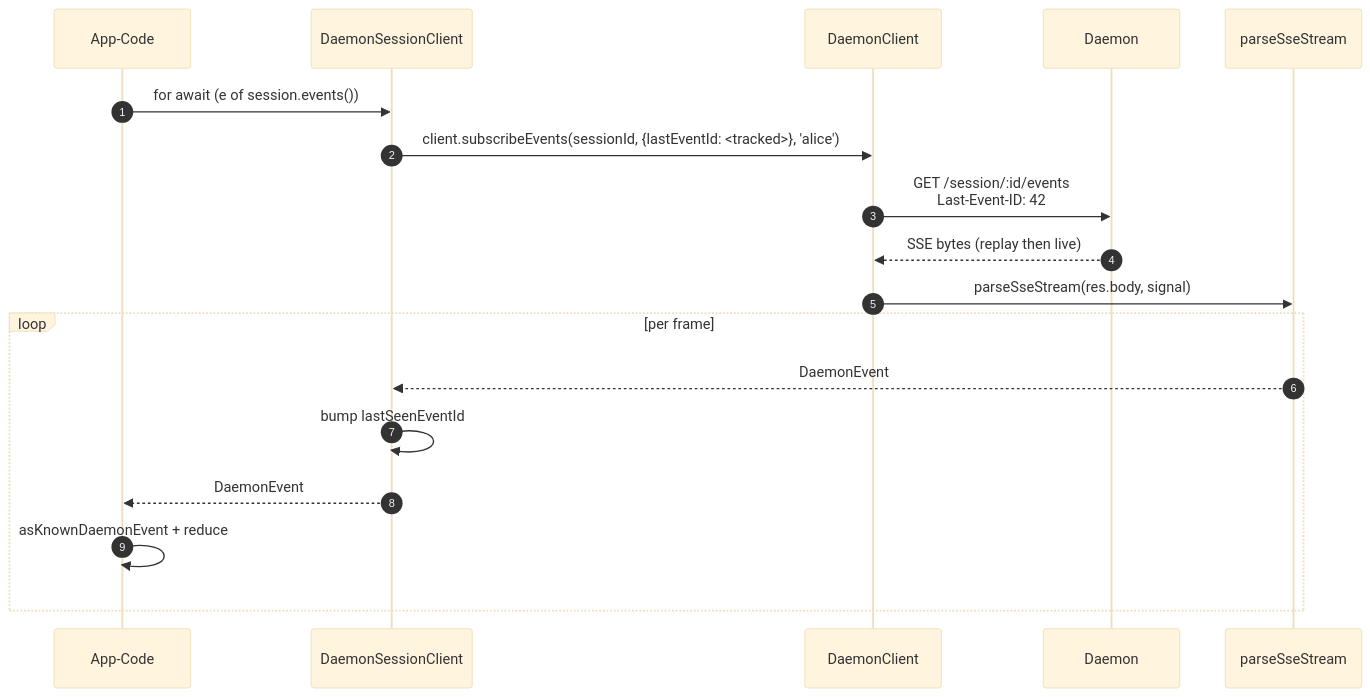
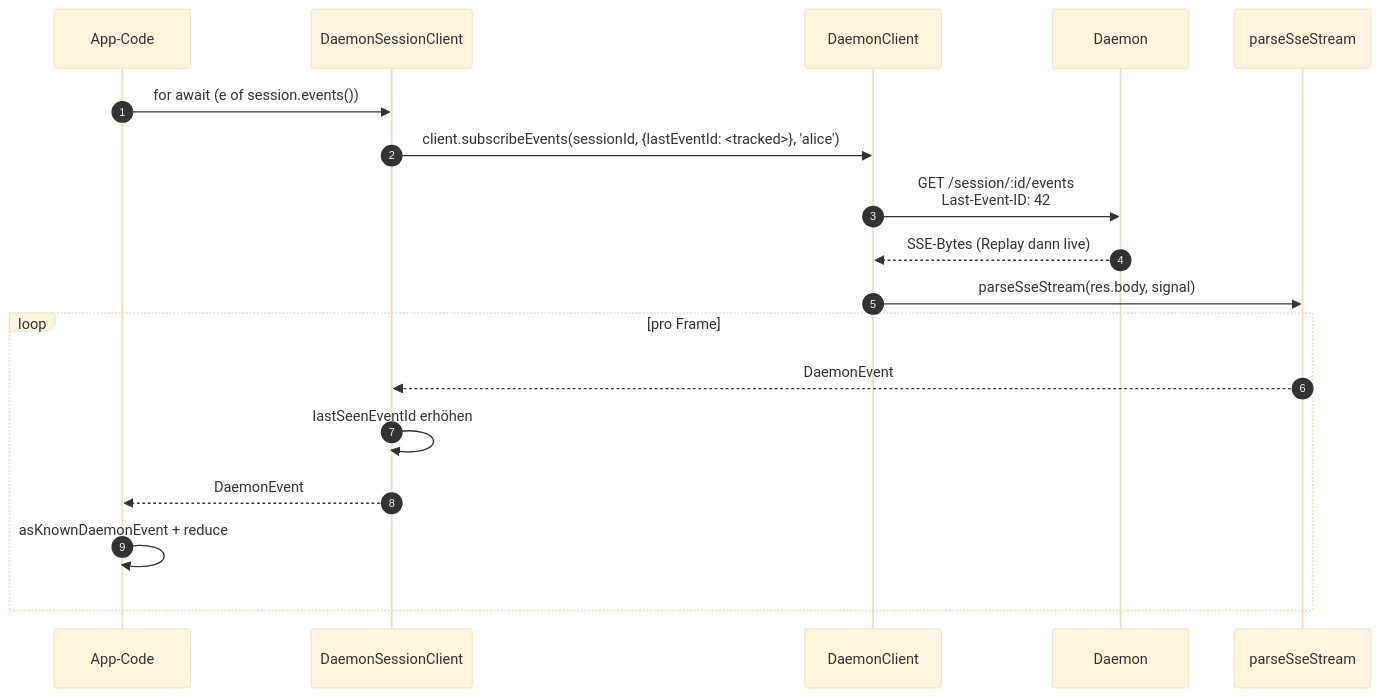
One commit to QwenLM/qwen-code-docs changed the second of 3 diagrams in website/content/de/developers/daemon/13-sdk-daemon-client.md. Above: the diagram before and after it, drawn with Mermaid (base theme). The commit also changed other lines of this file and 128 other files, not shown here.

````diff
--- a/website/content/de/developers/daemon/13-sdk-daemon-client.md
+++ b/website/content/de/developers/daemon/13-sdk-daemon-client.md
@@ -157,21 +171,21 @@
 ```mermaid
 sequenceDiagram
     autonumber
     participant App as App-Code
     participant SC as DaemonSessionClient
     participant DC as DaemonClient
     participant D as Daemon
     participant P as parseSseStream
 
     App->>SC: for await (e of session.events())
     SC->>DC: client.subscribeEvents(sessionId, {lastEventId: <tracked>}, 'alice')
     DC->>D: GET /session/:id/events<br/>Last-Event-ID: 42
-    D-->>DC: SSE bytes (replay then live)
+    D-->>DC: SSE-Bytes (Replay dann live)
     DC->>P: parseSseStream(res.body, signal)
-    loop per frame
+    loop pro Frame
         P-->>SC: DaemonEvent
-        SC->>SC: bump lastSeenEventId
+        SC->>SC: lastSeenEventId erhöhen
         SC-->>App: DaemonEvent
         App->>App: asKnownDaemonEvent + reduce
     end
 ```
````
